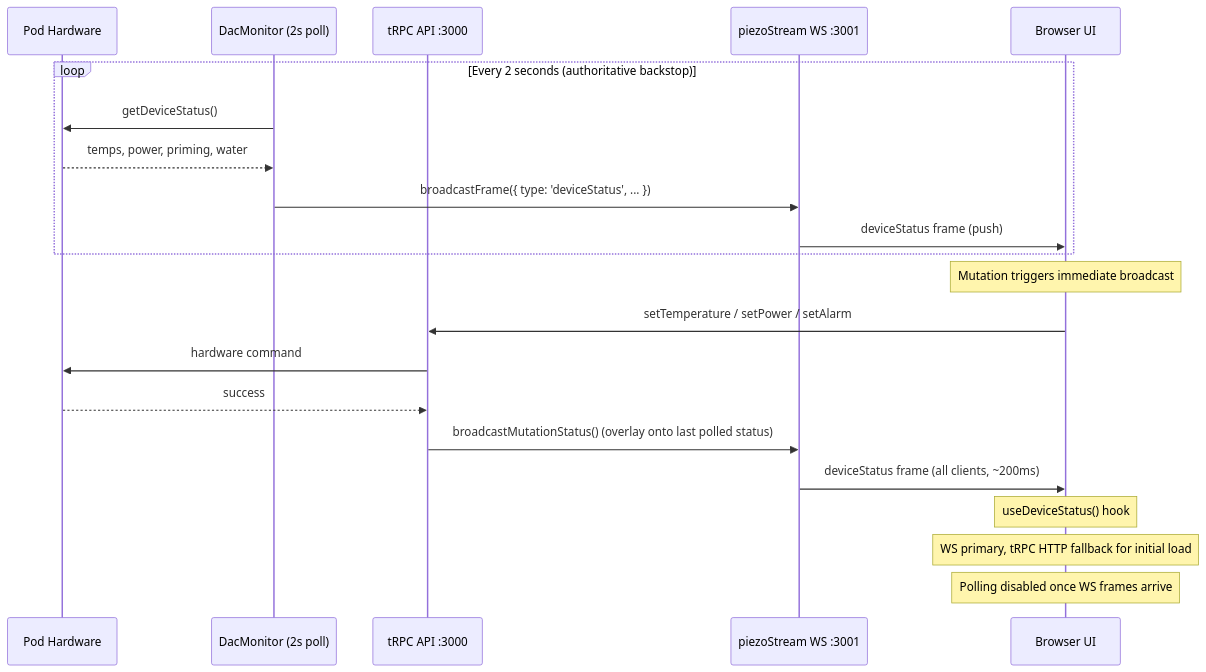
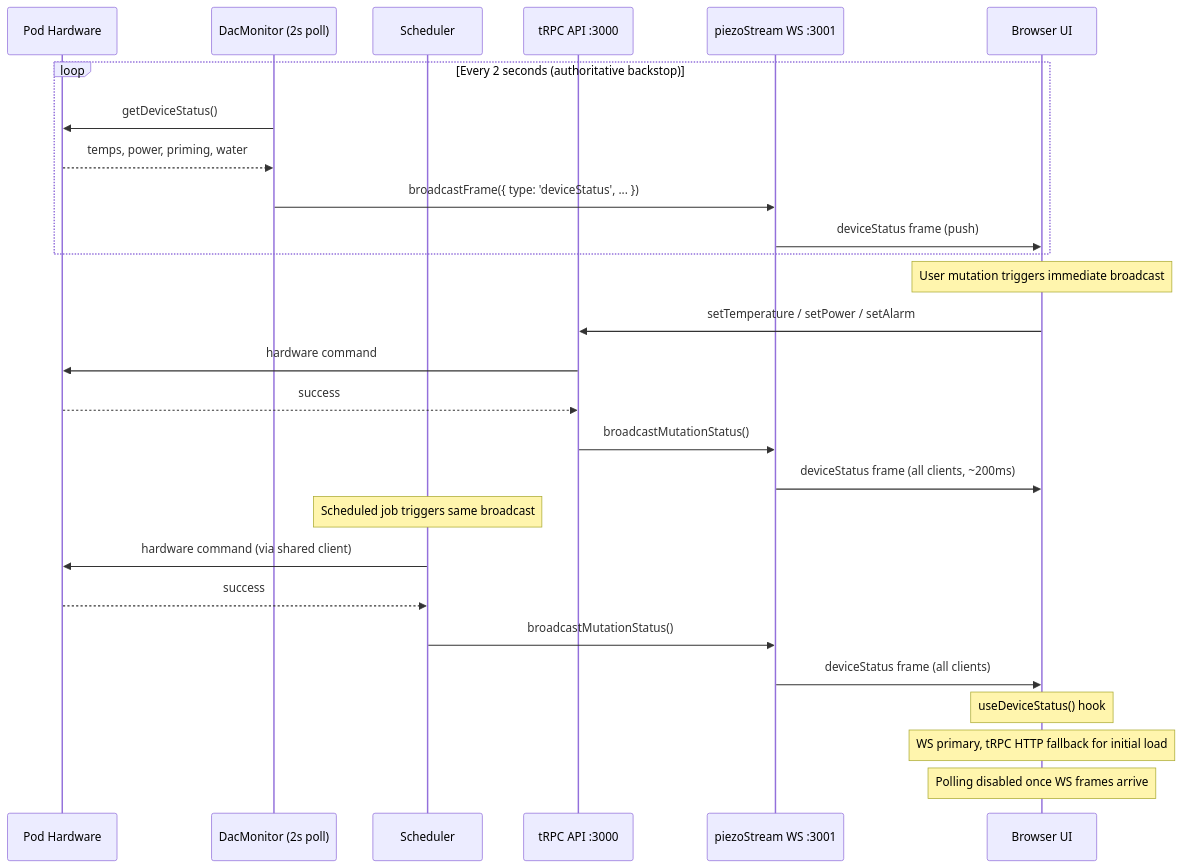
The diagram in docs/trpc-api-architecture.md (sleepypod/core), drawn with Mermaid before and after one commit. The commit also changed other lines of this file and 3 other files, not shown here.

First line of the commit message:
docs: add scheduler broadcast path to all architecture diagrams

````diff
--- a/docs/trpc-api-architecture.md
+++ b/docs/trpc-api-architecture.md
@@ -50,26 +50,33 @@
 ```mermaid
 sequenceDiagram
     participant HW as Pod Hardware
     participant DM as DacMonitor (2s poll)
+    participant SCH as Scheduler
     participant API as tRPC API :3000
     participant WS as piezoStream WS :3001
     participant UI as Browser UI
 
     loop Every 2 seconds (authoritative backstop)
         DM->>HW: getDeviceStatus()
         HW-->>DM: temps, power, priming, water
         DM->>WS: broadcastFrame({ type: 'deviceStatus', ... })
         WS->>UI: deviceStatus frame (push)
     end
 
-    Note over UI: Mutation triggers immediate broadcast
+    Note over UI: User mutation triggers immediate broadcast
     UI->>API: setTemperature / setPower / setAlarm
     API->>HW: hardware command
     HW-->>API: success
-    API->>WS: broadcastMutationStatus() (overlay onto last polled status)
+    API->>WS: broadcastMutationStatus()
     WS->>UI: deviceStatus frame (all clients, ~200ms)
+
+    Note over SCH: Scheduled job triggers same broadcast
+    SCH->>HW: hardware command (via shared client)
+    HW-->>SCH: success
+    SCH->>WS: broadcastMutationStatus()
+    WS->>UI: deviceStatus frame (all clients)
 
     Note over UI: useDeviceStatus() hook
     Note over UI: WS primary, tRPC HTTP fallback for initial load
     Note over UI: Polling disabled once WS frames arrive
 ```
````
